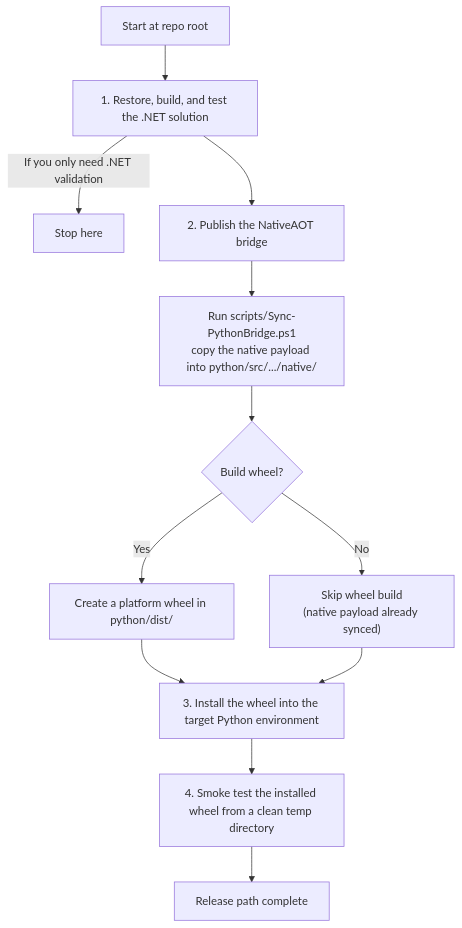
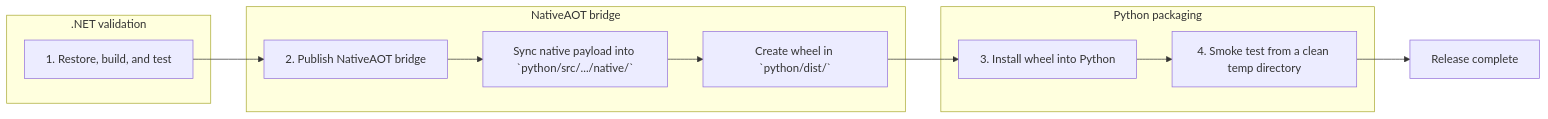
Before and after one commit to haxxornulled/SharpMCPServer: the diagram in docs/INSTALL.md, drawn with Mermaid. The commit also changed other lines of this file and 102 other files, not shown here.

````diff
--- a/docs/INSTALL.md
+++ b/docs/INSTALL.md
@@ -10,14 +11,20 @@
 ```mermaid
-flowchart TD
-    Start["Start at repo root"] --> Verify["1. Restore, build, and test the .NET solution"]
-    Verify -->|If you only need .NET validation| StopDotNet["Stop here"]
-    Verify --> Publish["2. Publish the NativeAOT bridge"]
-    Publish --> Sync["Run scripts/Sync-PythonBridge.ps1\ncopy the native payload into python/src/.../native/"]
-    Sync --> Wheel{"Build wheel?"}
-    Wheel -->|Yes| BuildWheel["Create a platform wheel in python/dist/"]
-    Wheel -->|No| SkipWheel["Skip wheel build\n(native payload already synced)"]
-    BuildWheel --> Install["3. Install the wheel into the target Python environment"]
-    SkipWheel --> Install
-    Install --> Smoke["4. Smoke test the installed wheel from a clean temp directory"]
-    Smoke --> Done["Release path complete"]
+flowchart LR
+    subgraph DotNet[".NET validation"]
+        Validate["1. Restore, build, and test"]
+    end
+
+    subgraph Native["NativeAOT bridge"]
+        Publish["2. Publish NativeAOT bridge"]
+        Sync["Sync native payload into `python/src/.../native/`"]
+        Package["Create wheel in `python/dist/`"]
+    end
+
+    subgraph Python["Python packaging"]
+        Install["3. Install wheel into Python"]
+        Smoke["4. Smoke test from a clean temp directory"]
+    end
+
+    Validate --> Publish --> Sync --> Package --> Install
+    Install --> Smoke --> Done["Release complete"]
 ```
````
